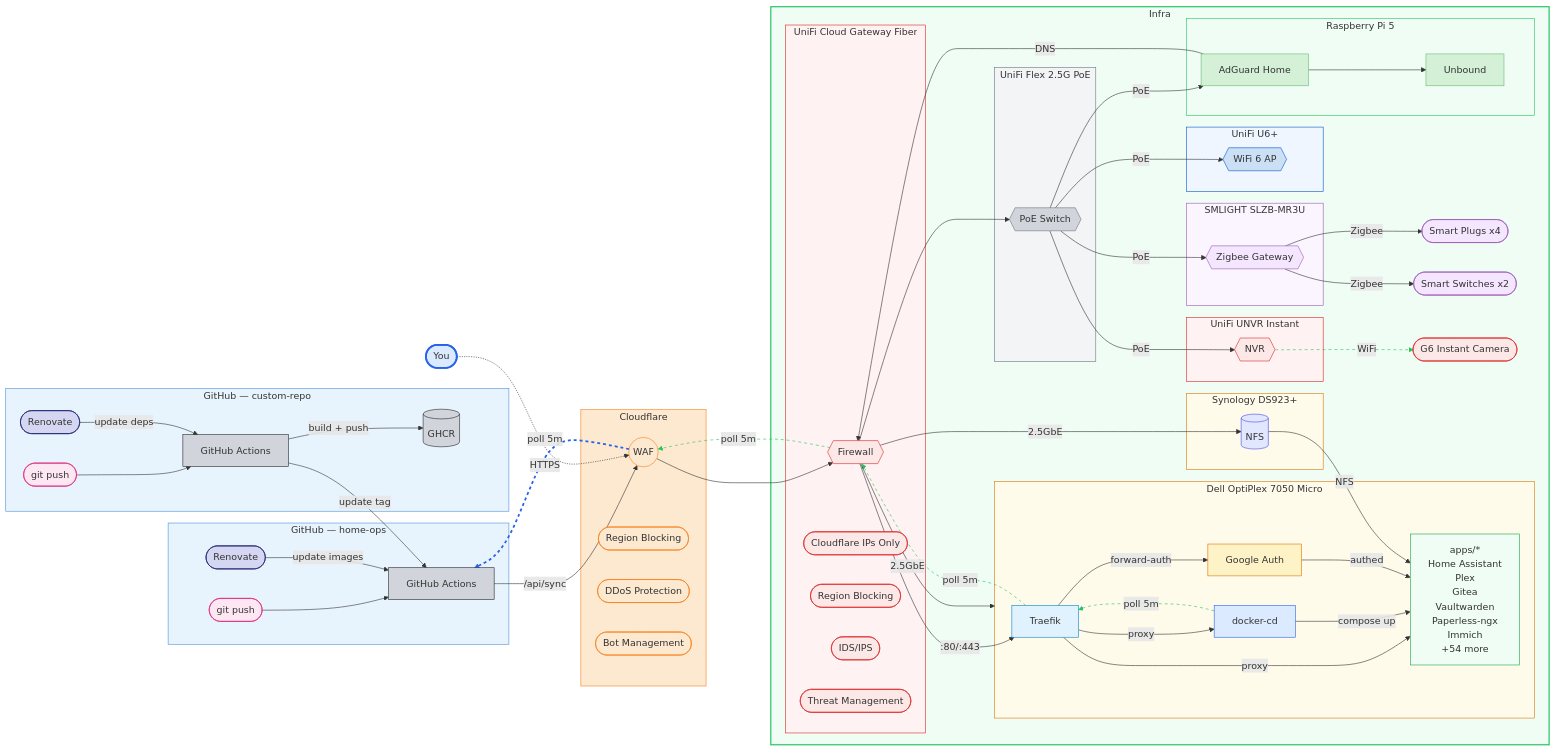
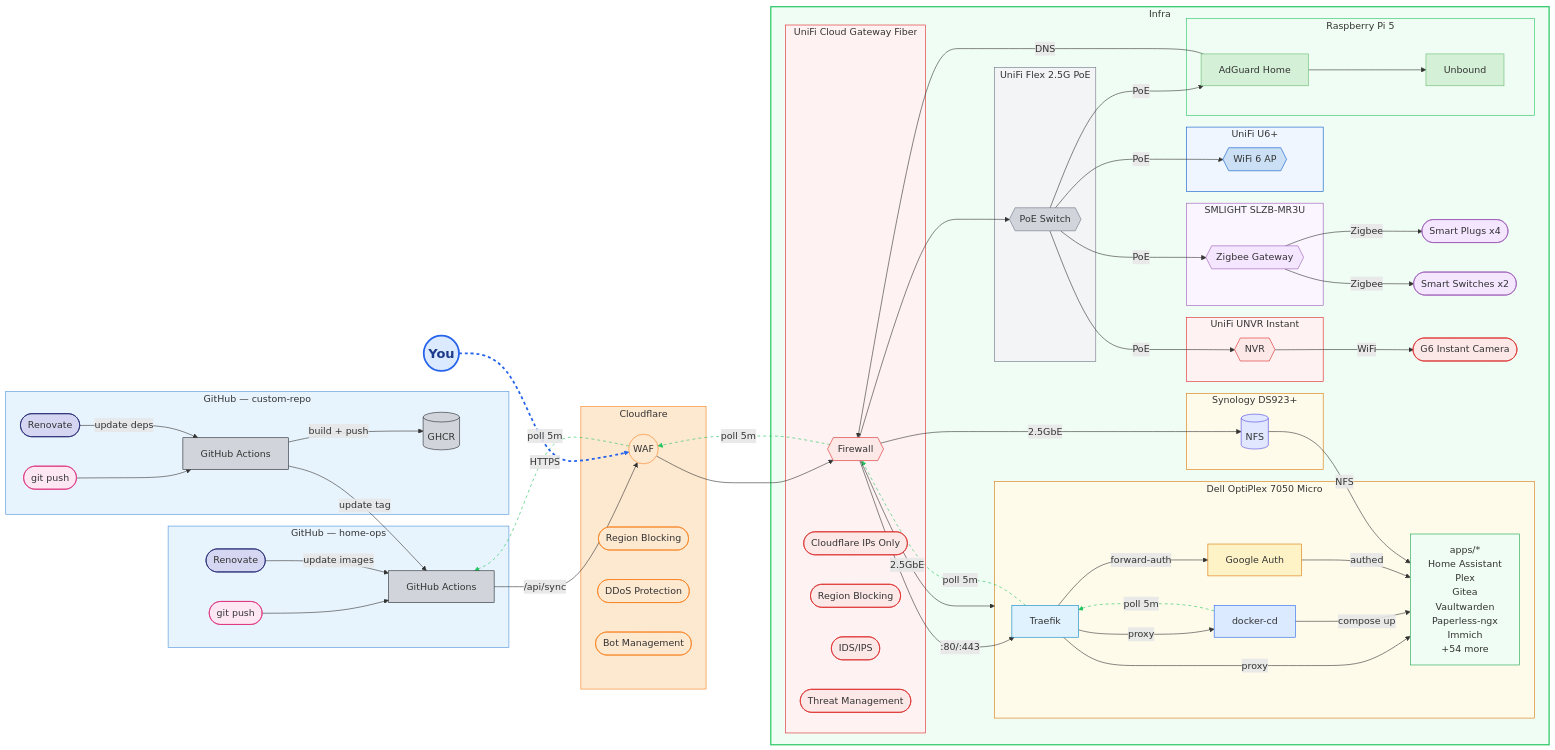
Before and after one commit to wajeht/home-ops: the diagram in README.md, drawn with Mermaid.

Commit message:
docs: improve diagram styling and link appearance

````diff
--- a/README.md
+++ b/README.md
@@ -103,7 +103,7 @@
     end
 
     docker_cd -.->|poll 5m| traefik -.->|poll 5m| unifi -.->|poll 5m| cf -.->|poll 5m| ops_ci
-    you([You]) -.->|HTTPS| cf
+    you((You)) -.->|HTTPS| cf
 
     style app_repo fill:#e8f4fd,stroke:#4a90d9
     style ops_repo fill:#e8f4fd,stroke:#4a90d9
@@ -113,7 +113,7 @@
     style cf_region fill:#fde8d0,stroke:#f6821f,color:#333
     style cf_ddos fill:#fde8d0,stroke:#f6821f,color:#333
     style cf_bot fill:#fde8d0,stroke:#f6821f,color:#333
-    style you fill:#dbeafe,stroke:#2563eb,stroke-width:3px,color:#333
+    style you fill:#dbeafe,stroke:#2563eb,stroke-width:3px,color:#1e3a8a,font-size:22px,font-weight:bold
     style ucg_cf fill:#fde8e8,stroke:#dc2626,color:#333
     style ucg_region fill:#fde8e8,stroke:#dc2626,color:#333
     style ucg_ids fill:#fde8e8,stroke:#dc2626,color:#333
@@ -148,9 +148,9 @@
     style camera fill:#fde8e8,stroke:#dc2626,color:#333
     style plugs fill:#f5e6ff,stroke:#9b59b6,color:#333
     style switches fill:#f5e6ff,stroke:#9b59b6,color:#333
-    linkStyle 26 stroke:#22c55e,stroke-dasharray:5
     linkStyle 27 stroke:#22c55e,stroke-dasharray:5
     linkStyle 28 stroke:#22c55e,stroke-dasharray:5
     linkStyle 29 stroke:#22c55e,stroke-dasharray:5
-    linkStyle 30 stroke:#2563eb,stroke-width:3px,stroke-dasharray:5
+    linkStyle 30 stroke:#22c55e,stroke-dasharray:5
+    linkStyle 31 stroke:#2563eb,stroke-width:3px,stroke-dasharray:5
 ```
````
